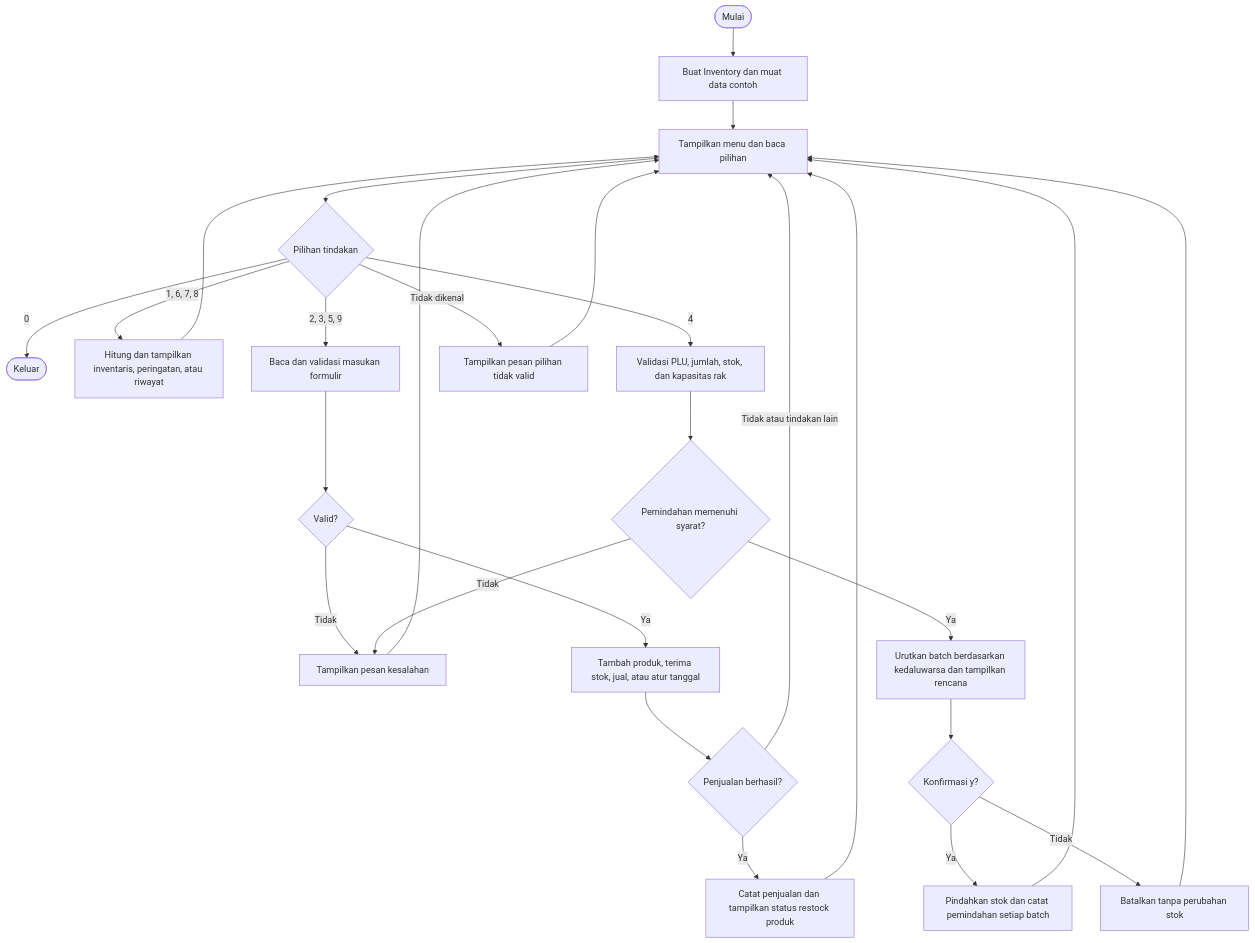
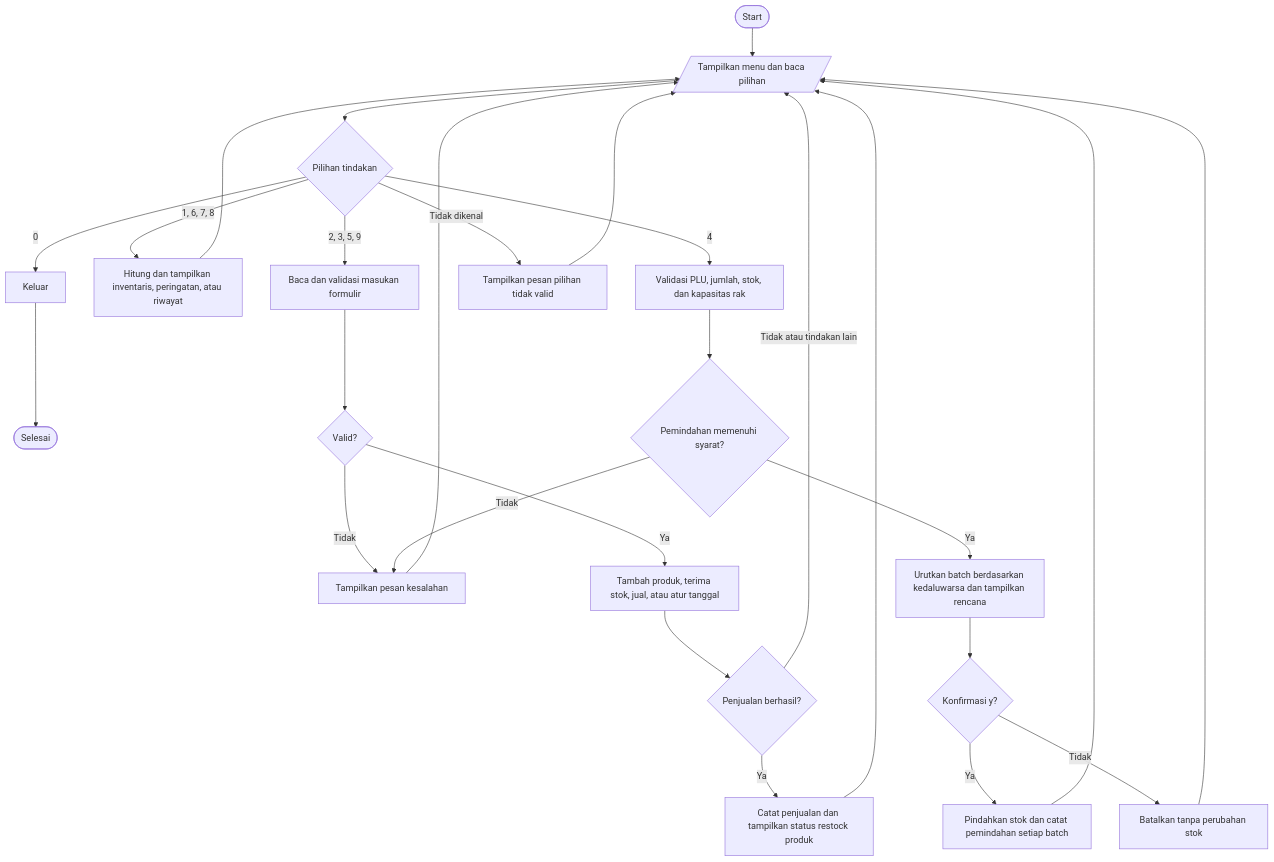
The diagram in README.md (yahfiilham/pantau-toko), drawn with Mermaid before and after one commit.

Commit message:
Update flowchart
Hapus "Buat Inventory dan muat data contoh".
"Tampilkan menu dan baca pilihan" menggunakan simbol jajar genjang.
Setelah "Keluar" tambahkan simbol terminal dengan tulisan "Selesai" .

````diff
--- a/README.md
+++ b/README.md
@@ -107,29 +107,29 @@
 ```mermaid
 flowchart TD
-    A([Mulai]) --> B[Buat Inventory dan muat data contoh]
-    B --> C[Tampilkan menu dan baca pilihan]
+    A([Start]) --> C[/Tampilkan menu dan baca pilihan/]
     C --> D{Pilihan tindakan}
-    D -->|0| Z([Keluar])
+    D -->|0| Z[Keluar]
+    Z --> End([Selesai])
     D -->|1, 6, 7, 8| E[Hitung dan tampilkan inventaris, peringatan, atau riwayat]
     D -->|2, 3, 5, 9| F[Baca dan validasi masukan formulir]
     D -->|4| G[Validasi PLU, jumlah, stok, dan kapasitas rak]
     D -->|Tidak dikenal| H[Tampilkan pesan pilihan tidak valid]
     F --> I{Valid?}
     I -->|Tidak| J[Tampilkan pesan kesalahan]
     I -->|Ya| K[Tambah produk, terima stok, jual, atau atur tanggal]
     K --> L{Penjualan berhasil?}
     L -->|Ya| M[Catat penjualan dan tampilkan status restock produk]
     L -->|Tidak atau tindakan lain| C
     G --> N{Pemindahan memenuhi syarat?}
     N -->|Tidak| J
     N -->|Ya| O[Urutkan batch berdasarkan kedaluwarsa dan tampilkan rencana]
     O --> P{Konfirmasi y?}
     P -->|Ya| Q[Pindahkan stok dan catat pemindahan setiap batch]
     P -->|Tidak| R[Batalkan tanpa perubahan stok]
     E --> C
     H --> C
     J --> C
     M --> C
     Q --> C
     R --> C
 ```
````
